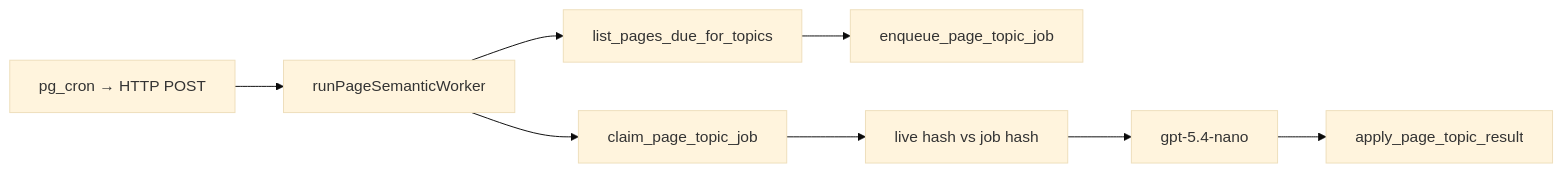
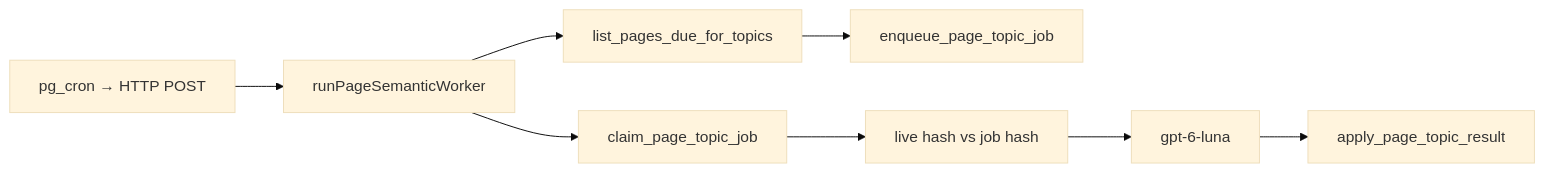
Before and after one commit to carlos-tamarind/tamarind-app: the diagram in docs/semantic/page_semantic.md, drawn with Mermaid (base theme). The commit also changed other lines of this file and 13 other files, not shown here.

Commit message:
migrated openAI model provider to gpt-6-luna; updated docs and version bump

````diff
--- a/docs/semantic/page_semantic.md
+++ b/docs/semantic/page_semantic.md
@@ -9,10 +9,10 @@
 ```mermaid
 flowchart LR
   Cron["pg_cron → HTTP POST"] --> Worker["runPageSemanticWorker"]
   Worker --> Sweep["list_pages_due_for_topics"]
   Sweep --> Enqueue["enqueue_page_topic_job"]
   Worker --> Claim["claim_page_topic_job"]
   Claim --> Guard["live hash vs job hash"]
-  Guard --> LLM["gpt-5.4-nano"]
+  Guard --> LLM["gpt-6-luna"]
   LLM --> Apply["apply_page_topic_result"]
 ```
````
